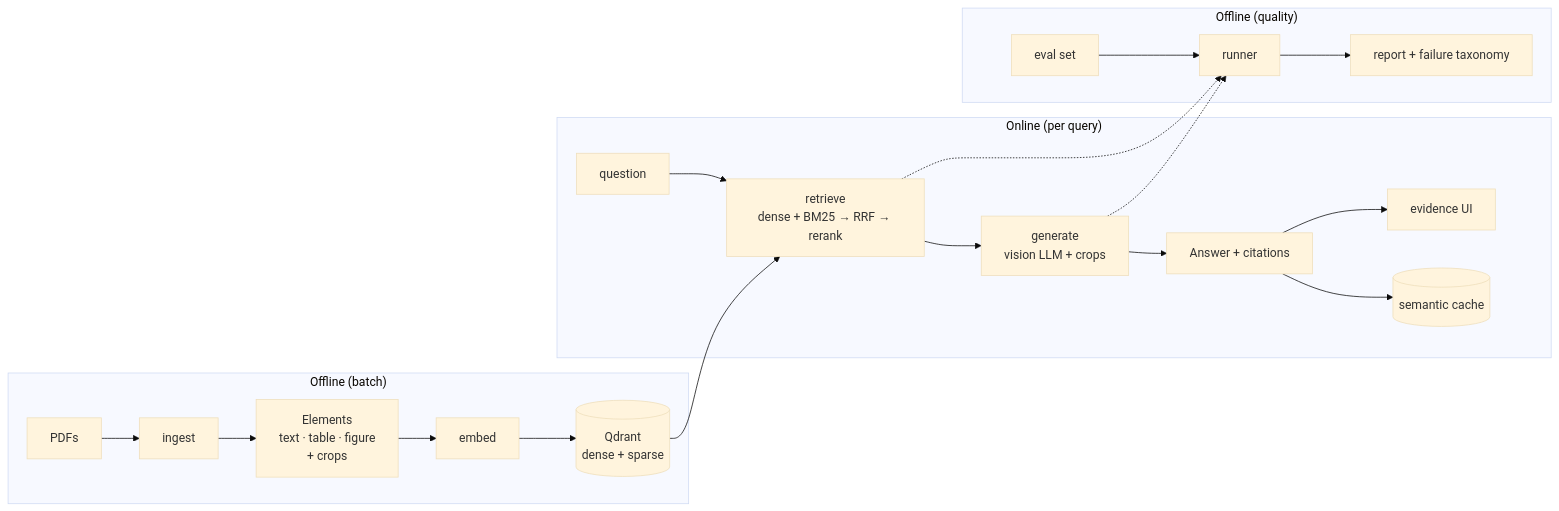
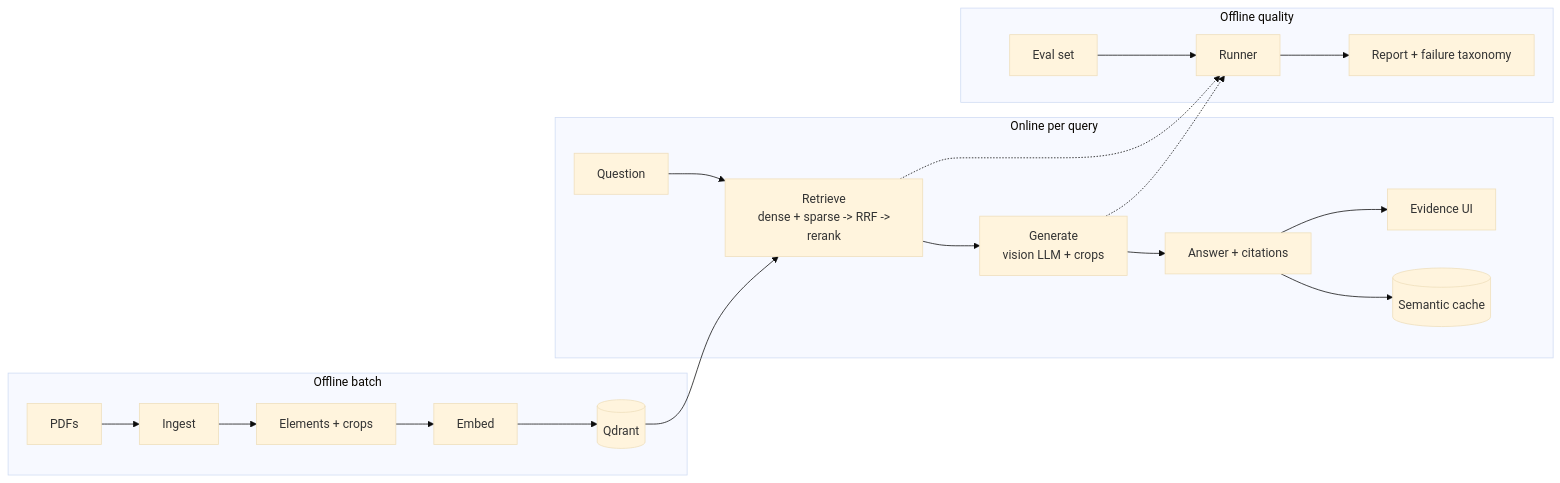
The diagram in README.md (RaghavVerma99/VisRAG), drawn with Mermaid (base theme) before and after one commit. The commit also changed other lines of this file, not shown here.

````diff
--- a/README.md
+++ b/README.md
@@ -53,26 +32,26 @@
 ```mermaid
 flowchart LR
-    subgraph offline["Offline (batch)"]
-        PDFs[PDFs] --> ING[ingest]
-        ING --> EL["Elements<br/>text · table · figure<br/>+ crops"]
-        EL --> EMB[embed]
-        EMB --> QD[("Qdrant<br/>dense + sparse")]
+    subgraph offline[Offline batch]
+        PDFs[PDFs] --> ING[Ingest]
+        ING --> EL[Elements + crops]
+        EL --> EMB[Embed]
+        EMB --> QD[(Qdrant)]
     end
 
-    subgraph online["Online (per query)"]
-        Q[question] --> RET[retrieve<br/>dense + BM25 → RRF → rerank]
+    subgraph online[Online per query]
+        Q[Question] --> RET[Retrieve\n dense + sparse -> RRF -> rerank]
         QD --> RET
-        RET --> GEN[generate<br/>vision LLM + crops]
-        GEN --> ANS["Answer + citations"]
-        ANS --> CACHE[(semantic cache)]
-        ANS --> UI[evidence UI]
+        RET --> GEN[Generate\n vision LLM + crops]
+        GEN --> ANS[Answer + citations]
+        ANS --> CACHE[(Semantic cache)]
+        ANS --> UI[Evidence UI]
     end
 
-    subgraph quality["Offline (quality)"]
-        EVAL[eval set] --> RUN[runner]
-        RUN --> REP["report + failure taxonomy"]
+    subgraph quality[Offline quality]
+        EVAL[Eval set] --> RUN[Runner]
+        RUN --> REP[Report + failure taxonomy]
     end
 
     RET -.-> RUN
     GEN -.-> RUN
 ```
````
